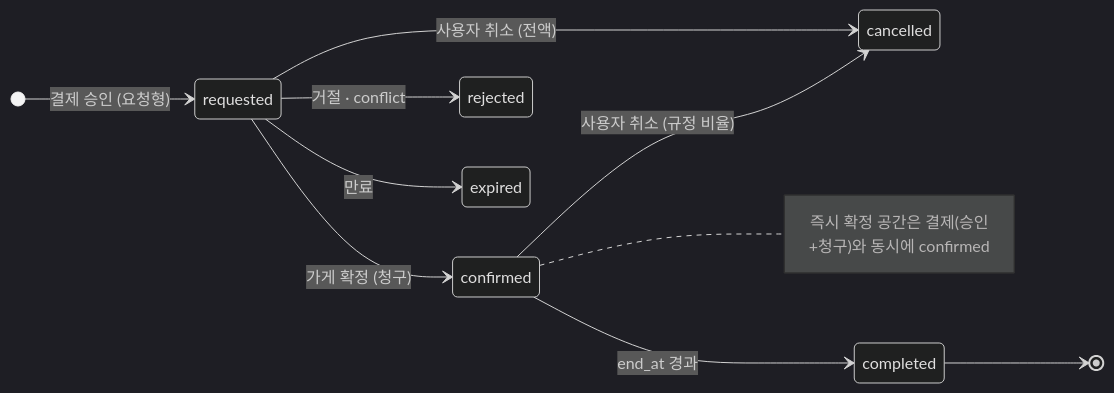
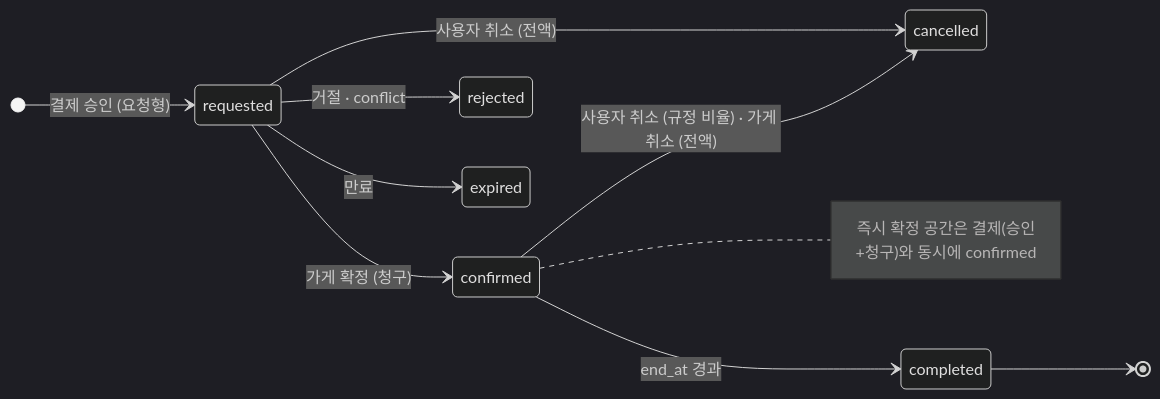
One commit to cocoa030722/wearelive changed the third of 3 diagrams in docs/개발가이드.md. Above: the diagram before and after it, drawn with Mermaid (dark theme). The commit also changed other lines of this file and 1 other file, not shown here.

````diff
--- a/docs/개발가이드.md
+++ b/docs/개발가이드.md
@@ -449,13 +454,13 @@
 ```mermaid
 stateDiagram-v2
     direction LR
     [*] --> requested : 결제 승인 (요청형)
     requested --> confirmed : 가게 확정 (청구)
     requested --> rejected : 거절 · conflict
     requested --> expired : 만료
     requested --> cancelled : 사용자 취소 (전액)
-    confirmed --> cancelled : 사용자 취소 (규정 비율)
+    confirmed --> cancelled : 사용자 취소 (규정 비율) · 가게 취소 (전액)
     confirmed --> completed : end_at 경과
     completed --> [*]
     note right of confirmed : 즉시 확정 공간은 결제(승인+청구)와 동시에 confirmed
 ```
````
